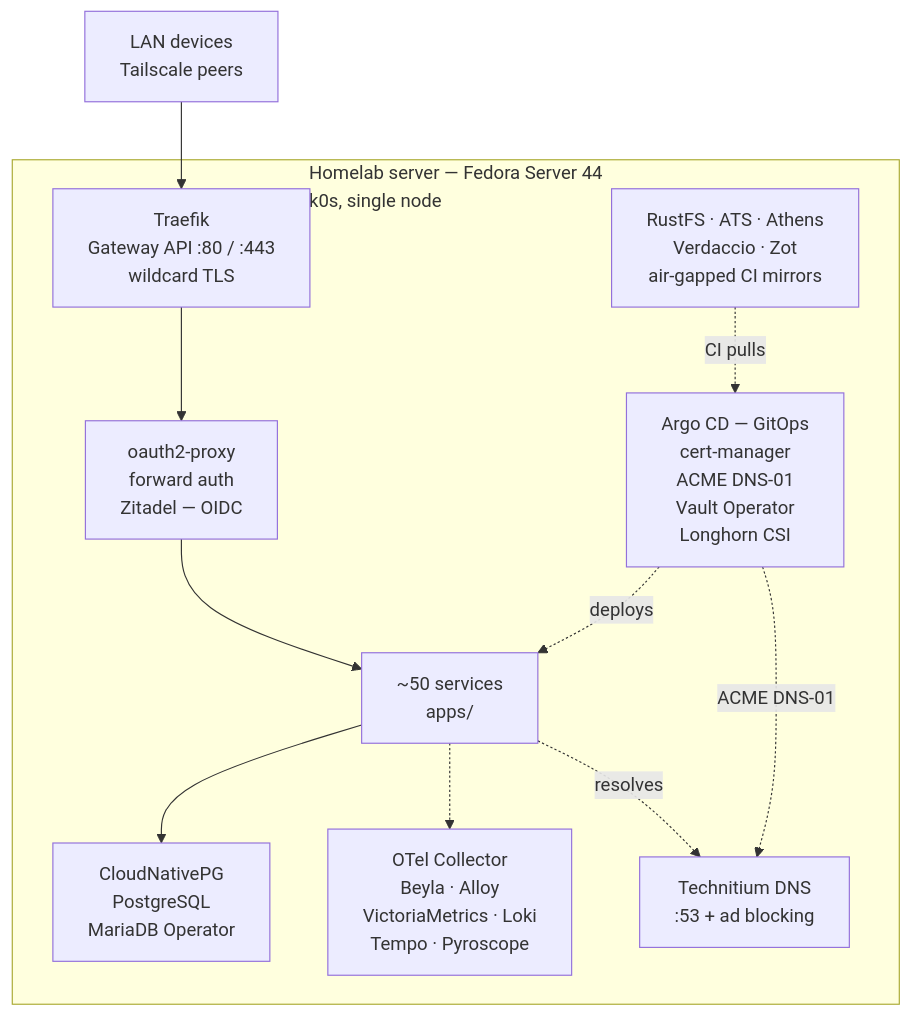
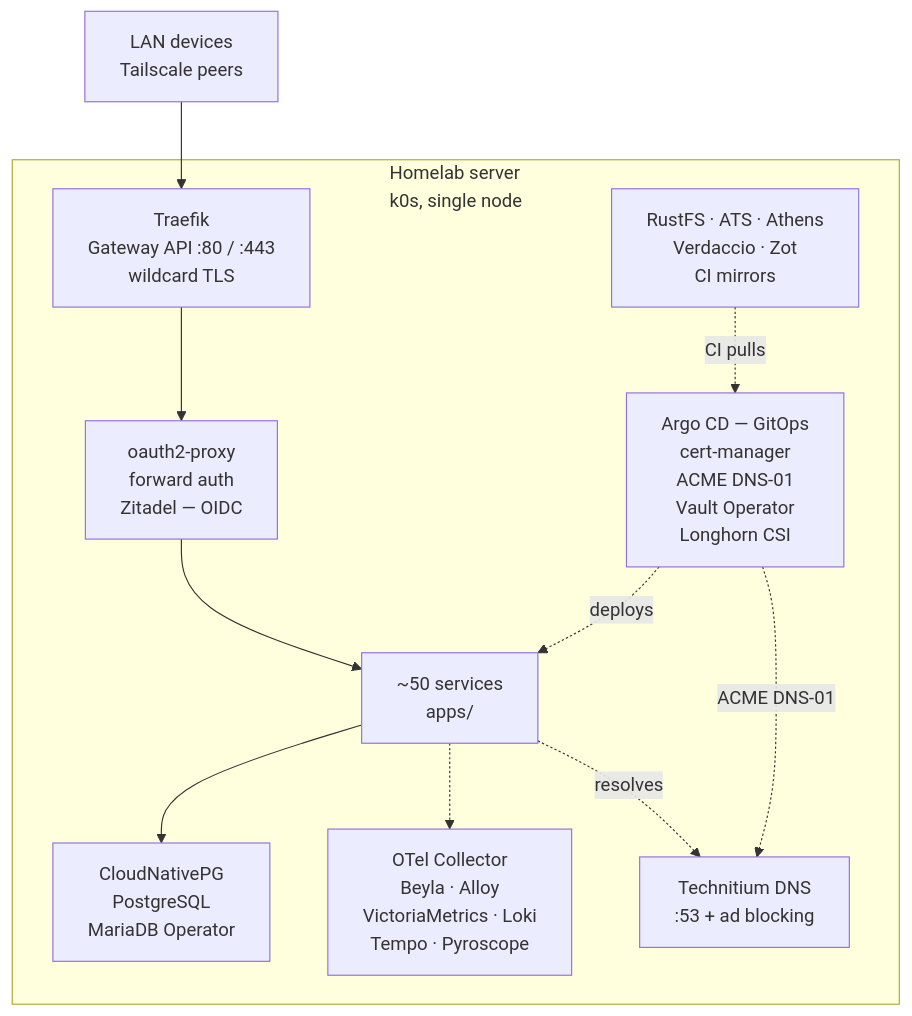
One commit to Artemiy111/homelab changed the diagram in README.md. Above: the diagram before and after it, drawn with Mermaid. The commit also changed other lines of this file and 1 other file, not shown here.

````diff
--- a/README.md
+++ b/README.md
@@ -53,25 +32,25 @@
 ```mermaid
 flowchart TB
     CLIENTS["LAN devices<br/>Tailscale peers"]
 
-    subgraph host["Homelab server — Fedora Server 44<br/>k0s, single node"]
+    subgraph host["Homelab server<br/>k0s, single node"]
         EDGE["Traefik<br/>Gateway API :80 / :443<br/>wildcard TLS"]
         AUTH["oauth2-proxy<br/>forward auth<br/>Zitadel — OIDC"]
         APPS["~50 services<br/>apps/"]
         OPS["Argo CD — GitOps<br/>cert-manager<br/>ACME DNS-01<br/>Vault Operator<br/>Longhorn CSI"]
         DATA["CloudNativePG<br/>PostgreSQL<br/>MariaDB Operator"]
         OBS["OTel Collector<br/>Beyla · Alloy<br/>VictoriaMetrics · Loki<br/>Tempo · Pyroscope"]
-        CACHE["RustFS · ATS · Athens<br/>Verdaccio · Zot<br/>air-gapped CI mirrors"]
+        CACHE["RustFS · ATS · Athens<br/>Verdaccio · Zot<br/>CI mirrors"]
         DNS["Technitium DNS<br/>:53 + ad blocking"]
     end
 
     CLIENTS --> EDGE
     EDGE --> AUTH
     AUTH --> APPS
     CACHE -.->|CI pulls| OPS
     OPS -.->|deploys| APPS
     OPS -.->|ACME DNS-01| DNS
     APPS --> DATA
     APPS -.-> OBS
     APPS -.->|resolves| DNS
 ```
````
